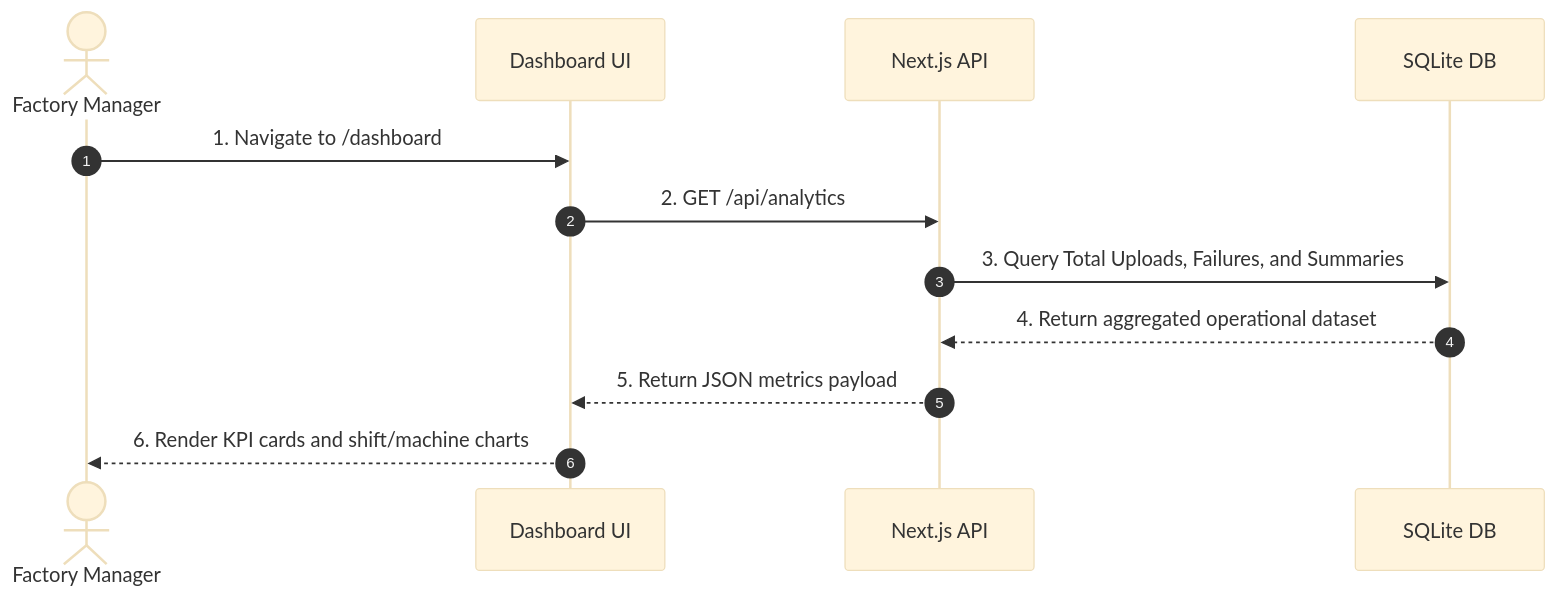
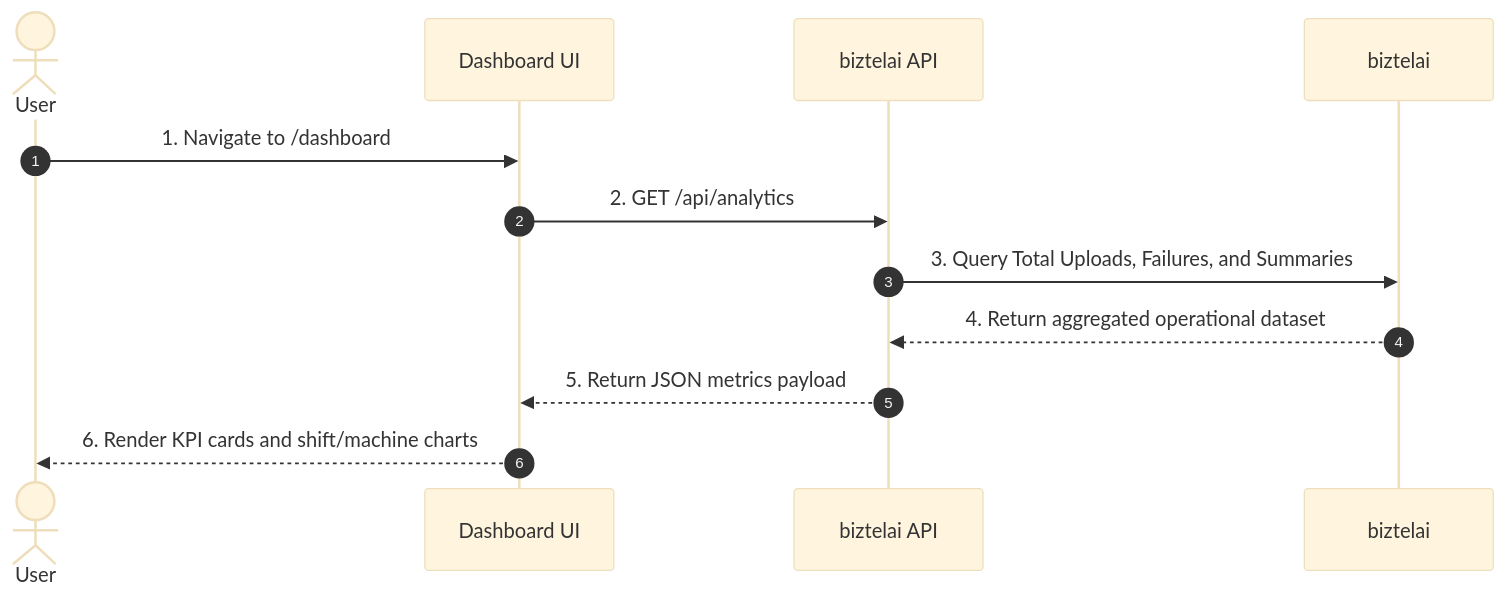
One commit to nanthitha25/biztelai changed the sixth of 8 diagrams in README.md. Above: the diagram before and after it, drawn with Mermaid (base theme). The commit also changed other lines of this file, not shown here.

````diff
--- a/README.md
+++ b/README.md
@@ -217,15 +217,15 @@
 ```mermaid
 sequenceDiagram
     autonumber
-    actor Manager as Factory Manager
+    actor Manager as User
     participant UI as Dashboard UI
-    participant API as Next.js API
-    participant DB as SQLite DB
+    participant API as biztelai API
+    participant DB as biztelai
 
     Manager->>UI: 1. Navigate to /dashboard
     UI->>API: 2. GET /api/analytics
     API->>DB: 3. Query Total Uploads, Failures, and Summaries
     DB-->>API: 4. Return aggregated operational dataset
     API-->>UI: 5. Return JSON metrics payload
     UI-->>Manager: 6. Render KPI cards and shift/machine charts
 ```
````
